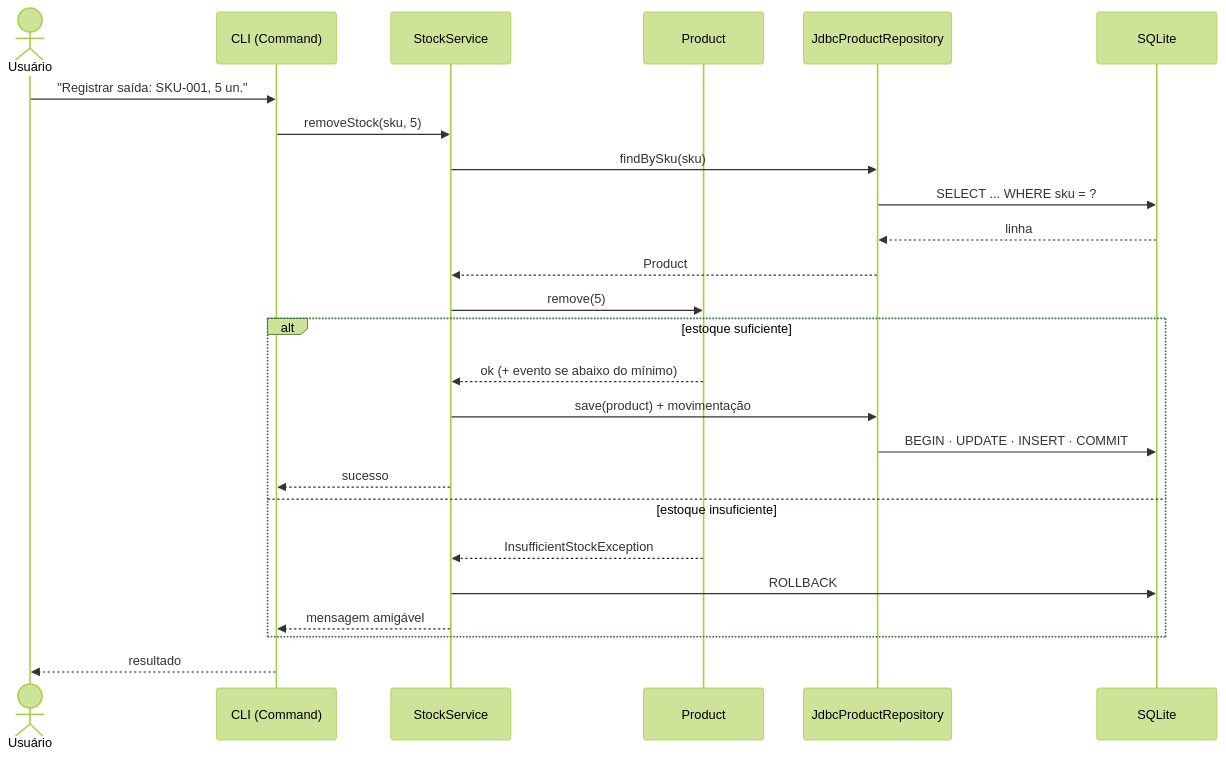
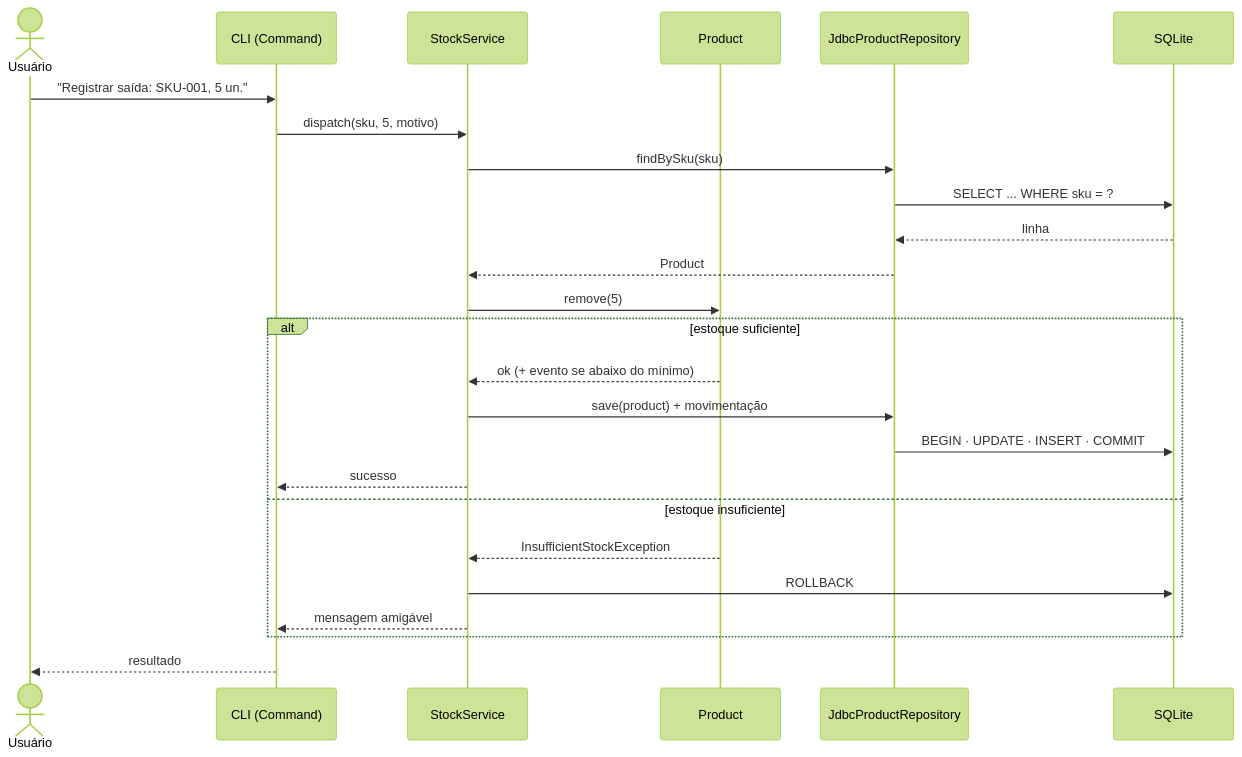
One commit to GustavoThe01/nidavellir-inventory changed the second of 3 diagrams in README.md. Above: the diagram before and after it, drawn with Mermaid (forest theme). The commit also changed other lines of this file and 15 other files, not shown here.

````diff
--- a/README.md
+++ b/README.md
@@ -135,28 +135,28 @@
 ```mermaid
 sequenceDiagram
     actor U as Usuário
     participant C as CLI (Command)
     participant S as StockService
     participant P as Product
     participant R as JdbcProductRepository
     participant DB as SQLite
 
     U->>C: "Registrar saída: SKU-001, 5 un."
-    C->>S: removeStock(sku, 5)
+    C->>S: dispatch(sku, 5, motivo)
     S->>R: findBySku(sku)
     R->>DB: SELECT ... WHERE sku = ?
     DB-->>R: linha
     R-->>S: Product
     S->>P: remove(5)
     alt estoque suficiente
         P-->>S: ok (+ evento se abaixo do mínimo)
         S->>R: save(product) + movimentação
         R->>DB: BEGIN · UPDATE · INSERT · COMMIT
         S-->>C: sucesso
     else estoque insuficiente
         P-->>S: InsufficientStockException
         S->>DB: ROLLBACK
         S-->>C: mensagem amigável
     end
     C-->>U: resultado
 ```
````
